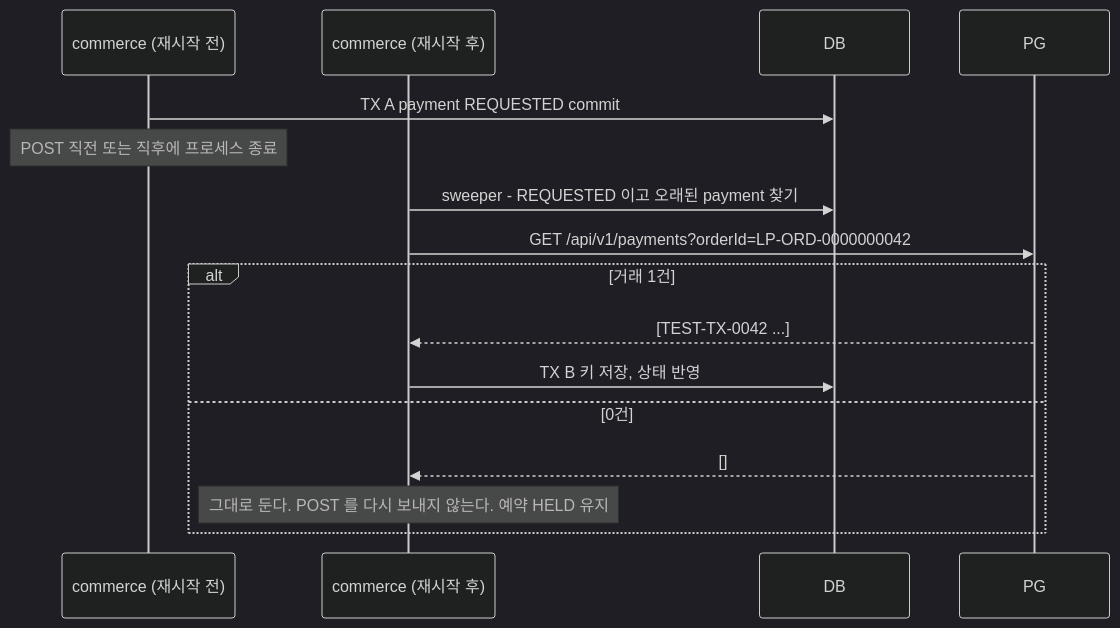
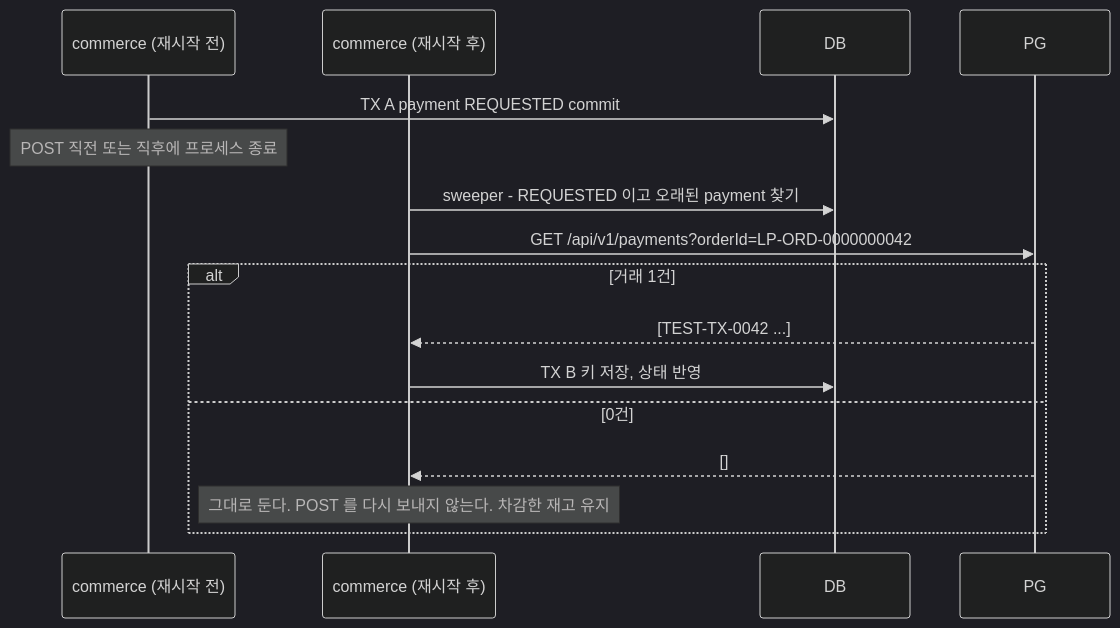
The eighth of 8 diagrams in docs/week5/design.md (loopers-labs/loop-pack-be-l2-vol5-java), drawn with Mermaid (dark theme) before and after one commit. The commit also changed other lines of this file and 1 other file, not shown here.

Commit message:
docs: 재고 예약을 테이블로 두지 않는다 — 수량은 order_item, 상태는 payment.status 가 이미 담는다

````diff
--- a/docs/week5/design.md
+++ b/docs/week5/design.md
@@ -373,18 +387,18 @@
 ```mermaid
 sequenceDiagram
     participant A as commerce (재시작 전)
     participant B as commerce (재시작 후)
     participant DB
     participant PG
     A->>DB: TX A payment REQUESTED commit
     Note over A: POST 직전 또는 직후에 프로세스 종료
     B->>DB: sweeper - REQUESTED 이고 오래된 payment 찾기
     B->>PG: GET /api/v1/payments?orderId=LP-ORD-0000000042
     alt 거래 1건
         PG-->>B: [TEST-TX-0042 ...]
         B->>DB: TX B 키 저장, 상태 반영
     else 0건
         PG-->>B: []
-        Note over B: 그대로 둔다. POST 를 다시 보내지 않는다. 예약 HELD 유지
+        Note over B: 그대로 둔다. POST 를 다시 보내지 않는다. 차감한 재고 유지
     end
 ```
````
